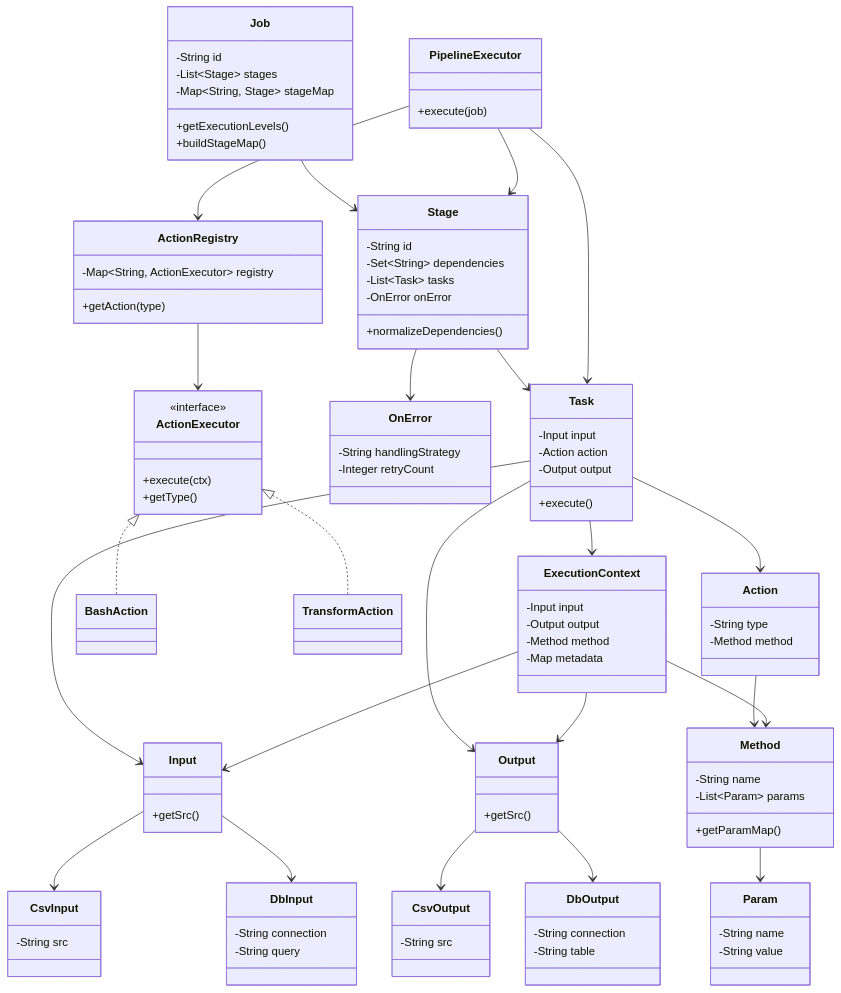
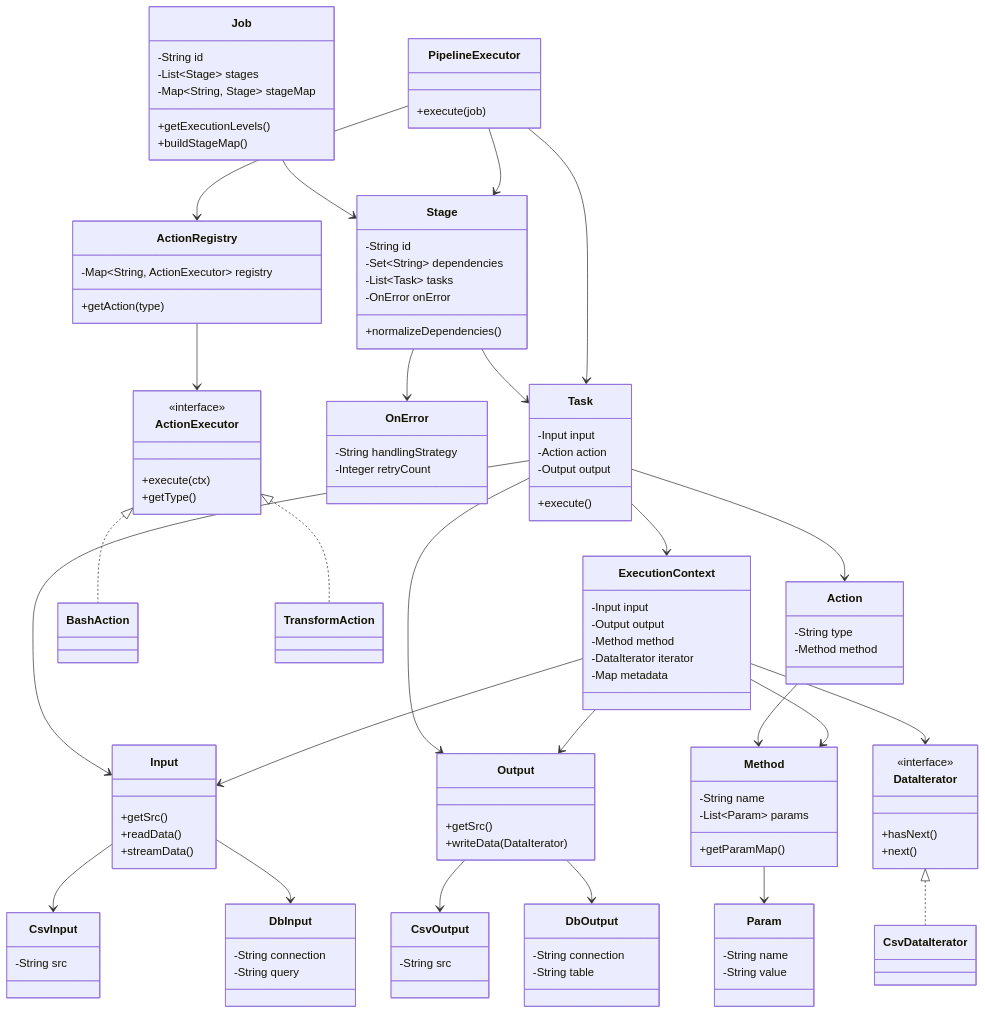
The second of 2 diagrams in README.md (Rohitangshu2026/data-pipeline-framework), drawn with Mermaid before and after one commit. The commit also changed other lines of this file, not shown here.

```diff
--- a/README.md
+++ b/README.md
@@ -286,6 +294,8 @@
 
 class Input {
   +getSrc()
+  +readData()
+  +streamData()
 }
 class CsvInput {
   -String src
@@ -297,6 +307,7 @@
 
 class Output {
   +getSrc()
+  +writeData(DataIterator)
 }
 class CsvOutput {
   -String src
@@ -305,6 +316,15 @@
   -String connection
   -String table
 }
+
+class DataIterator {
+  <<interface>>
+  +hasNext()
+  +next()
+}
+class CsvDataIterator {
+}
+DataIterator <|.. CsvDataIterator
 
 class Action {
   -String type
@@ -349,6 +369,7 @@
   -Input input
   -Output output
   -Method method
+  -DataIterator iterator
   -Map metadata
 }
 
@@ -372,6 +393,7 @@
 ExecutionContext --> Method
 ExecutionContext --> Input
 ExecutionContext --> Output
+ExecutionContext --> DataIterator
 
 ActionExecutor <|.. BashAction
 ActionExecutor <|.. TransformAction
```
